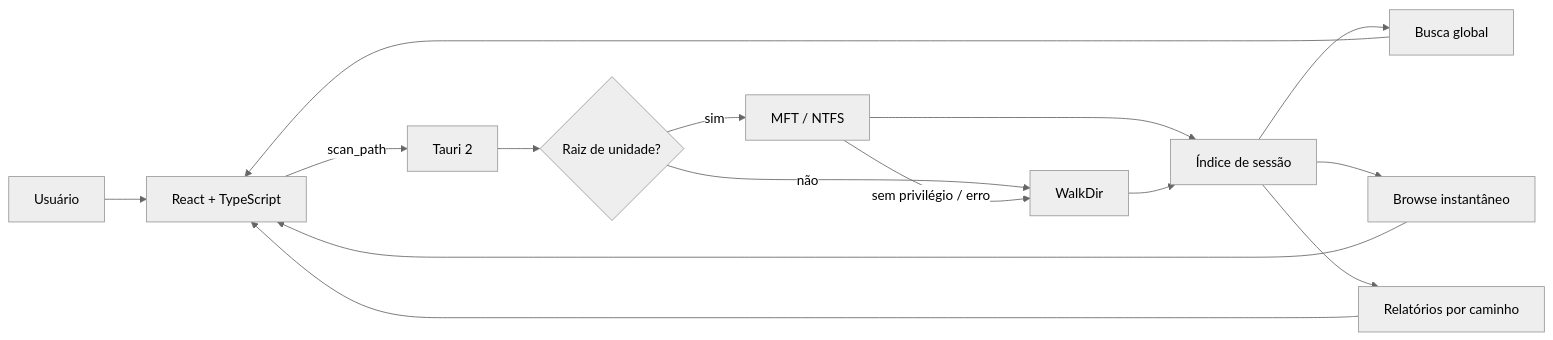
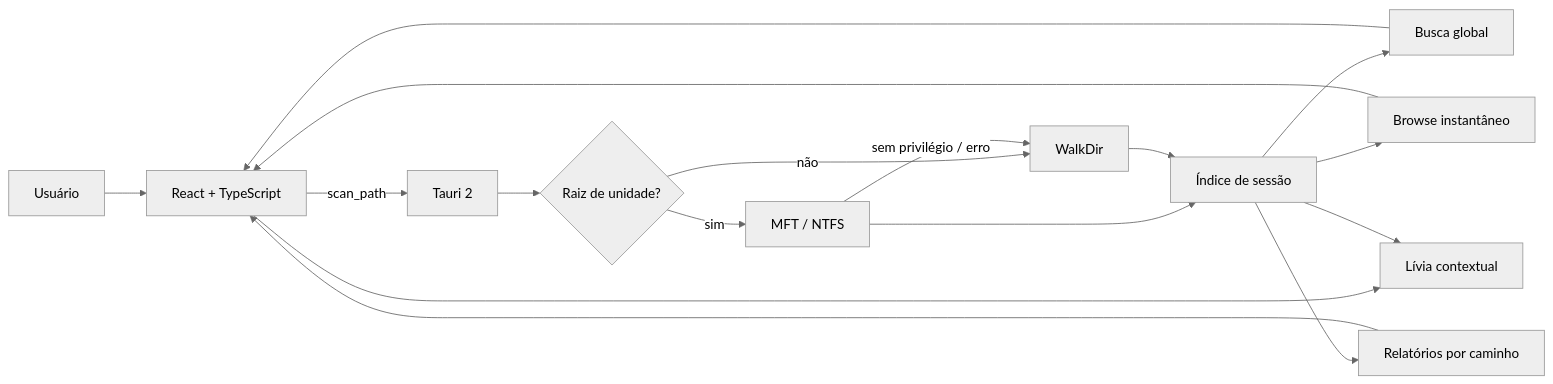
Before and after one commit to tombemol/L.I.V.I.A: the third of 5 diagrams in README.md, drawn with Mermaid (neutral theme). The commit also changed other lines of this file and 9 other files, not shown here.

````diff
--- a/README.md
+++ b/README.md
@@ -109,17 +180,19 @@
 ```mermaid
 flowchart LR
     U[Usuário] --> UI[React + TypeScript]
     UI -->|scan_path| T[Tauri 2]
     T --> D{Raiz de unidade?}
     D -->|sim| M[MFT / NTFS]
     D -->|não| W[WalkDir]
     M -->|sem privilégio / erro| W
     M --> IX[Índice de sessão]
     W --> IX
     IX --> S[Busca global]
     IX --> B[Browse instantâneo]
     IX --> R[Relatórios por caminho]
+    UI --> L[Lívia contextual]
+    IX --> L
     S --> UI
     B --> UI
     R --> UI
 ```
````
